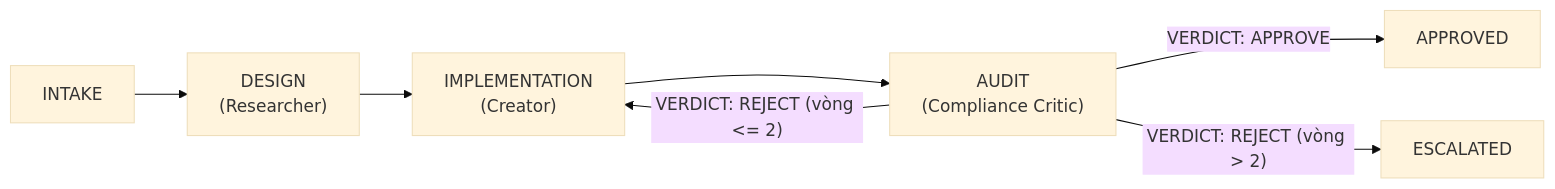
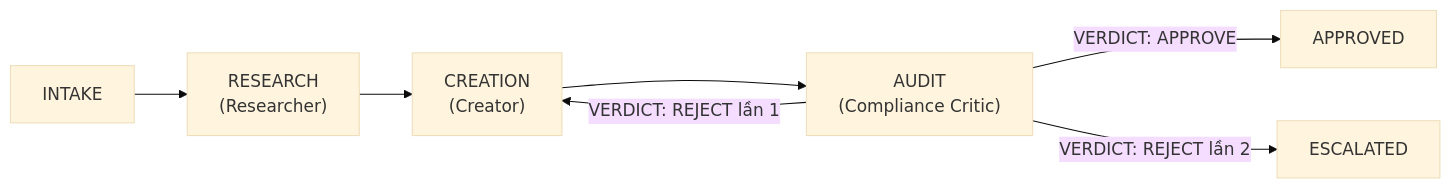
One commit to sumita-dev/Antigravity-Harness-HuB changed the second of 2 diagrams in README.md. Above: the diagram before and after it, drawn with Mermaid (base theme). The commit also changed other lines of this file and 43 other files, not shown here.

````diff
--- a/README.md
+++ b/README.md
@@ -122,9 +150,9 @@
 ```mermaid
 flowchart LR
-    A["INTAKE"] --> B["DESIGN<br/>(Researcher)"]
-    B --> C["IMPLEMENTATION<br/>(Creator)"]
+    A["INTAKE"] --> B["RESEARCH<br/>(Researcher)"]
+    B --> C["CREATION<br/>(Creator)"]
     C --> D["AUDIT<br/>(Compliance Critic)"]
     D -->|"VERDICT: APPROVE"| E["APPROVED"]
-    D -->|"VERDICT: REJECT (vòng <= 2)"| C
-    D -->|"VERDICT: REJECT (vòng > 2)"| F["ESCALATED"]
+    D -->|"VERDICT: REJECT lần 1"| C
+    D -->|"VERDICT: REJECT lần 2"| F["ESCALATED"]
 ```
````
